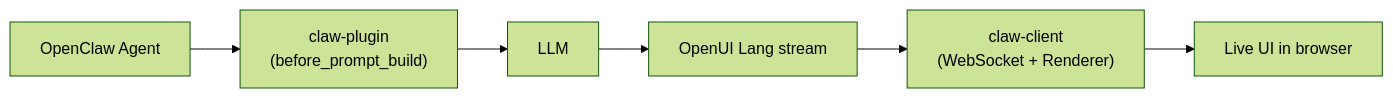
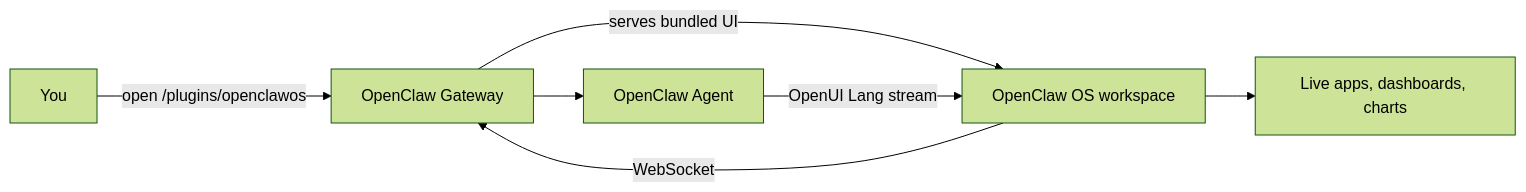
Before and after one commit to thesysdev/openclaw-os: the diagram in README.md, drawn with Mermaid (forest theme). The commit also changed other lines of this file and 45 other files, not shown here.

````diff
--- a/README.md
+++ b/README.md
@@ -82,8 +65,9 @@
 ```mermaid
 flowchart LR
-    A["OpenClaw Agent"] --> B["claw-plugin<br/>(before_prompt_build)"]
-    B --> C["LLM"]
-    C --> D["OpenUI Lang stream"]
-    D --> E["claw-client<br/>(WebSocket + Renderer)"]
-    E --> F["Live UI in browser"]
+    U["You"] -->|"open /plugins/openclawos"| G["OpenClaw Gateway"]
+    G -->|"serves bundled UI"| W["OpenClaw OS workspace"]
+    W -->|"WebSocket"| G
+    G --> A["OpenClaw Agent"]
+    A -->|"OpenUI Lang stream"| W
+    W --> R["Live apps, dashboards, charts"]
 ```
````
